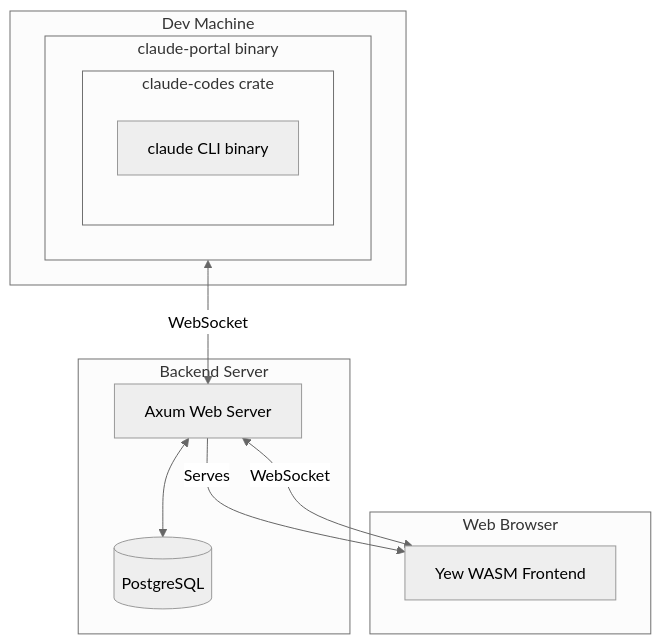
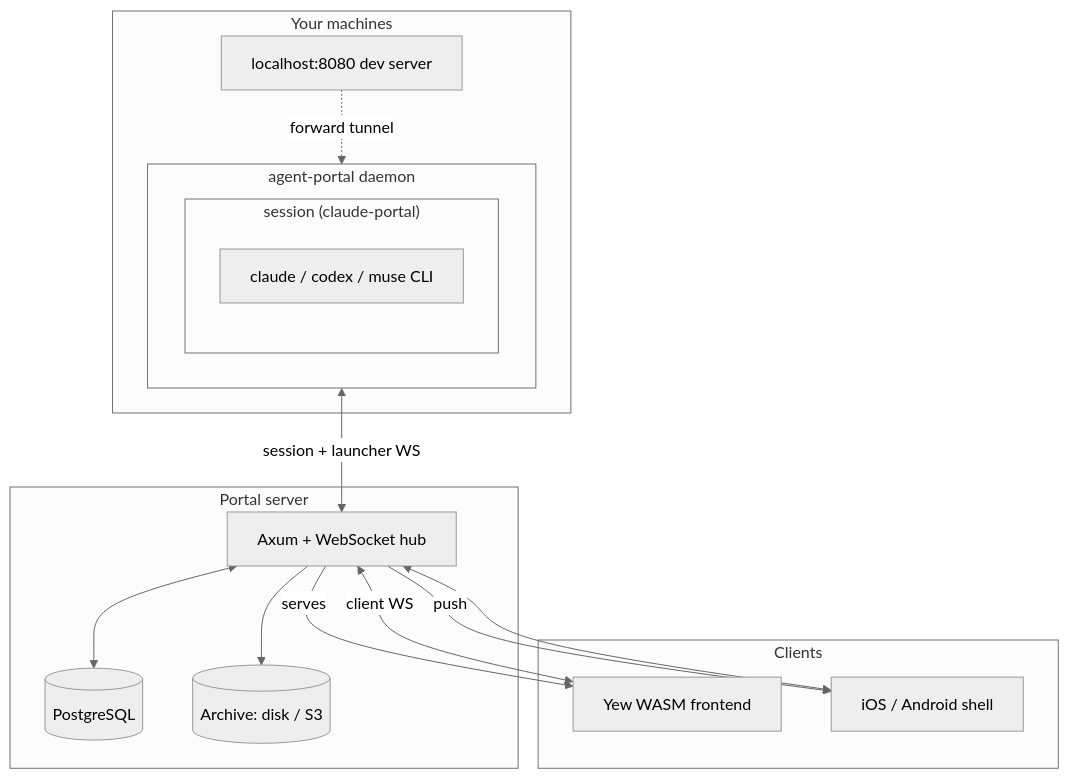
The diagram in README.md (meawoppl/agent-portal), drawn with Mermaid (neutral theme) before and after one commit. The commit also changed other lines of this file and 1 other file, not shown here.

````diff
--- a/README.md
+++ b/README.md
@@ -45,24 +179,31 @@
 ```mermaid
 flowchart TB
-    subgraph dev["Dev Machine"]
-        subgraph portal["claude-portal binary"]
-            subgraph codes["claude-codes crate"]
-                claude["claude CLI binary"]
+    subgraph machines["Your machines"]
+        subgraph launcher["agent-portal daemon"]
+            subgraph proxy["session (claude-portal)"]
+                cli["claude / codex / muse CLI"]
             end
         end
+        devsrv["localhost:8080 dev server"]
     end
 
-    subgraph server["Backend Server"]
-        axum["Axum Web Server"]
+    subgraph server["Portal server"]
+        axum["Axum + WebSocket hub"]
         db[(PostgreSQL)]
+        archive[("Archive: disk / S3")]
         axum <--> db
+        axum --> archive
     end
 
-    subgraph browser["Web Browser"]
-        yew["Yew WASM Frontend"]
+    subgraph clients["Clients"]
+        yew["Yew WASM frontend"]
+        mobileapp["iOS / Android shell"]
     end
 
-    portal <-->|"WebSocket"| axum
-    yew <-->|"WebSocket"| axum
-    axum -->|"Serves"| yew
+    launcher <-->|"session + launcher WS"| axum
+    devsrv -.->|"forward tunnel"| launcher
+    yew <-->|"client WS"| axum
+    mobileapp <--> axum
+    axum -->|"serves"| yew
+    axum -->|"push"| mobileapp
 ```
````
